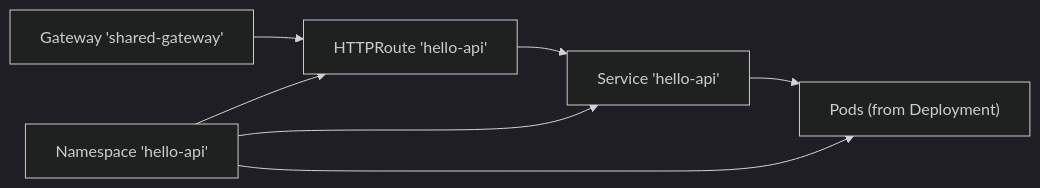
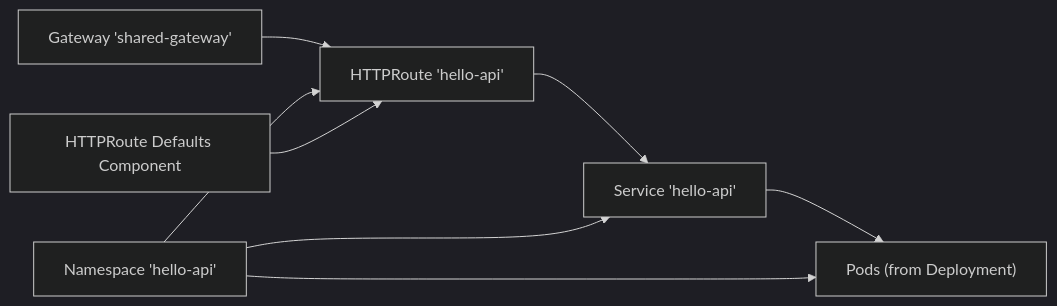
The fifth of 5 diagrams in .qoder/repowiki/en/content/Playground Applications/Demo Applications.md (Hoangvu75/k8s_manifest), drawn with Mermaid (dark theme) before and after one commit. The commit also changed other lines of this file and 5 other files, not shown here.

````diff
--- a/.qoder/repowiki/en/content/Playground Applications/Demo Applications.md
+++ b/.qoder/repowiki/en/content/Playground Applications/Demo Applications.md
@@ -239,9 +320,10 @@
 ```mermaid
 graph LR
 GW["Gateway 'shared-gateway'"] --> HR["HTTPRoute 'hello-api'"]
 HR --> SVC["Service 'hello-api'"]
 SVC --> POD["Pods (from Deployment)"]
 NS["Namespace 'hello-api'"] --> POD
 NS --> SVC
 NS --> HR
+COMP["HTTPRoute Defaults Component"] --> HR
 ```
````
